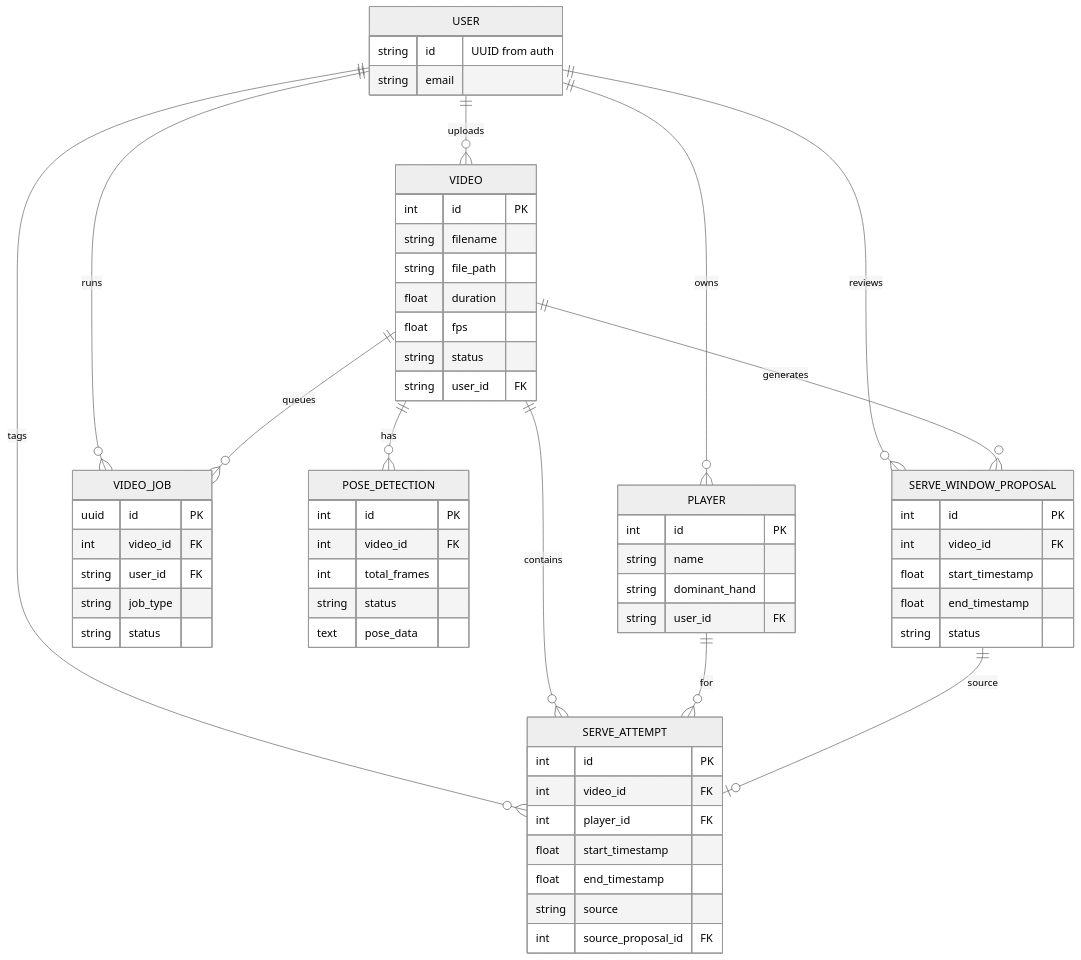
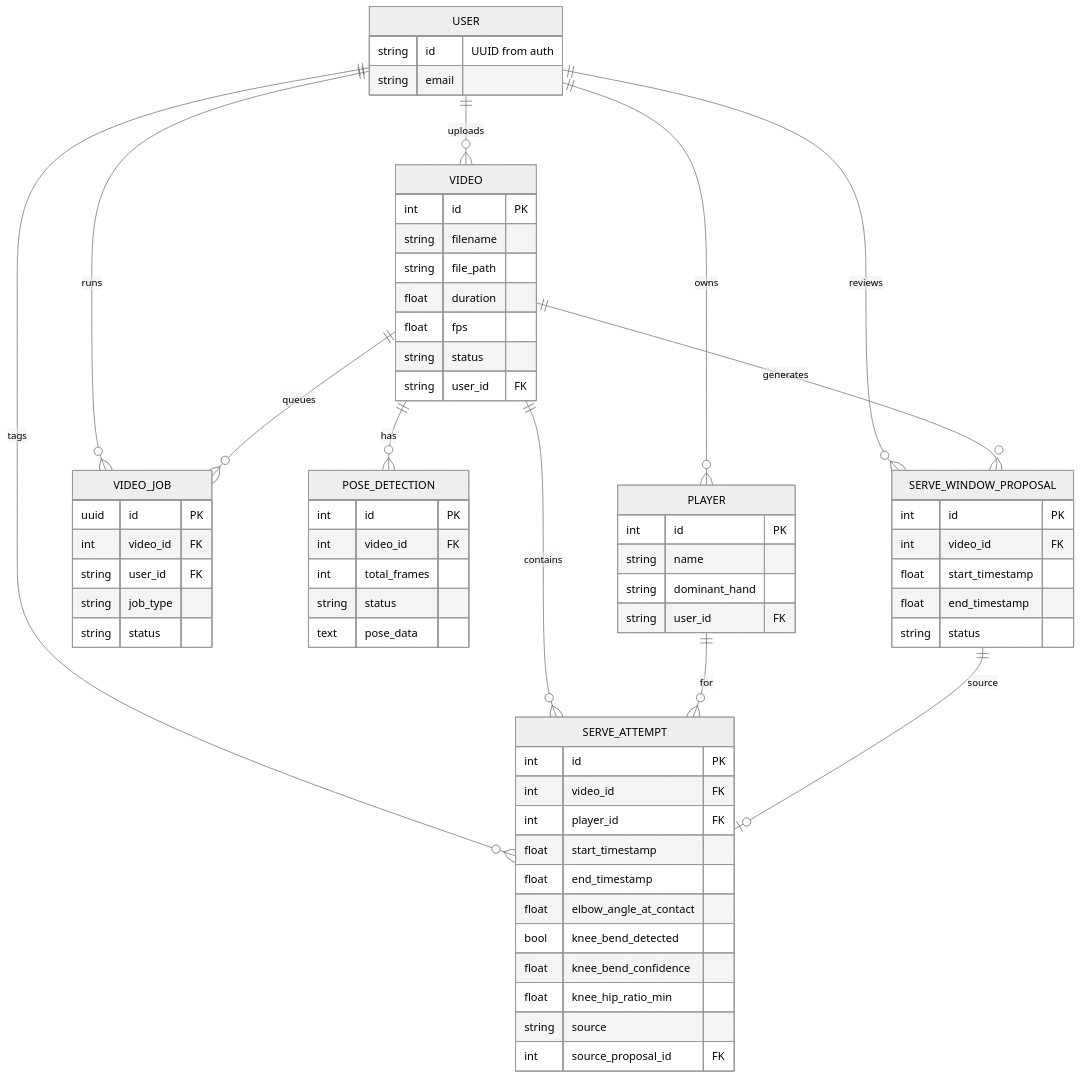
Before and after one commit to aseda-sam/tennis_coach_app: the second of 2 diagrams in project_docs/diagrams/db-relationships.md, drawn with Mermaid (neutral theme). The commit also changed 24 other files, not shown here.

First line of the commit message:
feat: Add knee bend detection, metrics tracking, and tutorial system (#172)

````diff
--- a/project_docs/diagrams/db-relationships.md
+++ b/project_docs/diagrams/db-relationships.md
@@ -28,72 +28,76 @@
 ```mermaid
 erDiagram
   USER {
     string id "UUID from auth"
     string email
   }
 
   PLAYER {
     int id PK
     string name
     string dominant_hand
     string user_id FK
   }
 
   VIDEO {
     int id PK
     string filename
     string file_path
     float duration
     float fps
     string status
     string user_id FK
   }
 
   VIDEO_JOB {
     uuid id PK
     int video_id FK
     string user_id FK
     string job_type
     string status
   }
 
   POSE_DETECTION {
     int id PK
     int video_id FK
     int total_frames
     string status
     text pose_data
   }
 
   SERVE_WINDOW_PROPOSAL {
     int id PK
     int video_id FK
     float start_timestamp
     float end_timestamp
     string status
   }
 
   SERVE_ATTEMPT {
     int id PK
     int video_id FK
     int player_id FK
     float start_timestamp
     float end_timestamp
+    float elbow_angle_at_contact
+    bool knee_bend_detected
+    float knee_bend_confidence
+    float knee_hip_ratio_min
     string source
     int source_proposal_id FK
   }
 
   USER ||--o{ PLAYER : owns
   USER ||--o{ VIDEO : uploads
   USER ||--o{ VIDEO_JOB : runs
   USER ||--o{ SERVE_ATTEMPT : tags
   USER ||--o{ SERVE_WINDOW_PROPOSAL : reviews
 
   VIDEO ||--o{ POSE_DETECTION : has
   VIDEO ||--o{ SERVE_ATTEMPT : contains
   VIDEO ||--o{ SERVE_WINDOW_PROPOSAL : generates
   VIDEO ||--o{ VIDEO_JOB : queues
 
   PLAYER ||--o{ SERVE_ATTEMPT : for
   SERVE_WINDOW_PROPOSAL ||--o| SERVE_ATTEMPT : source
 ```
````
